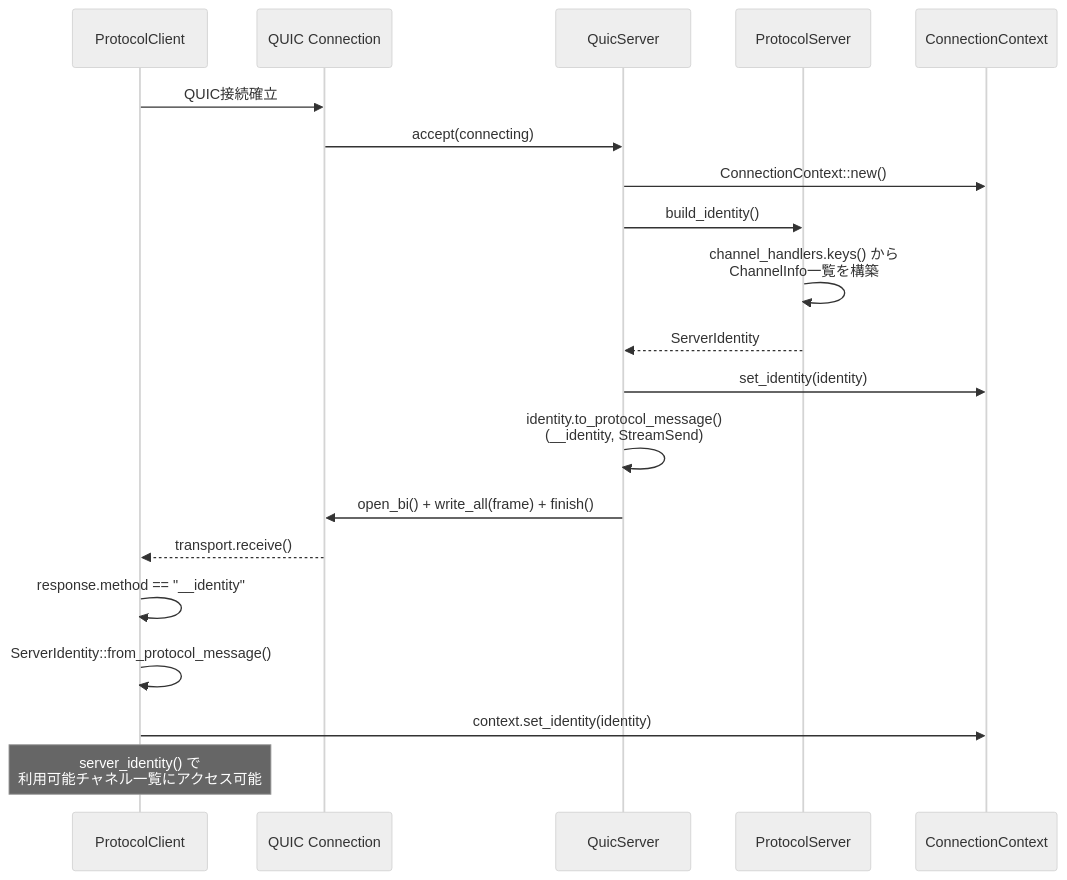
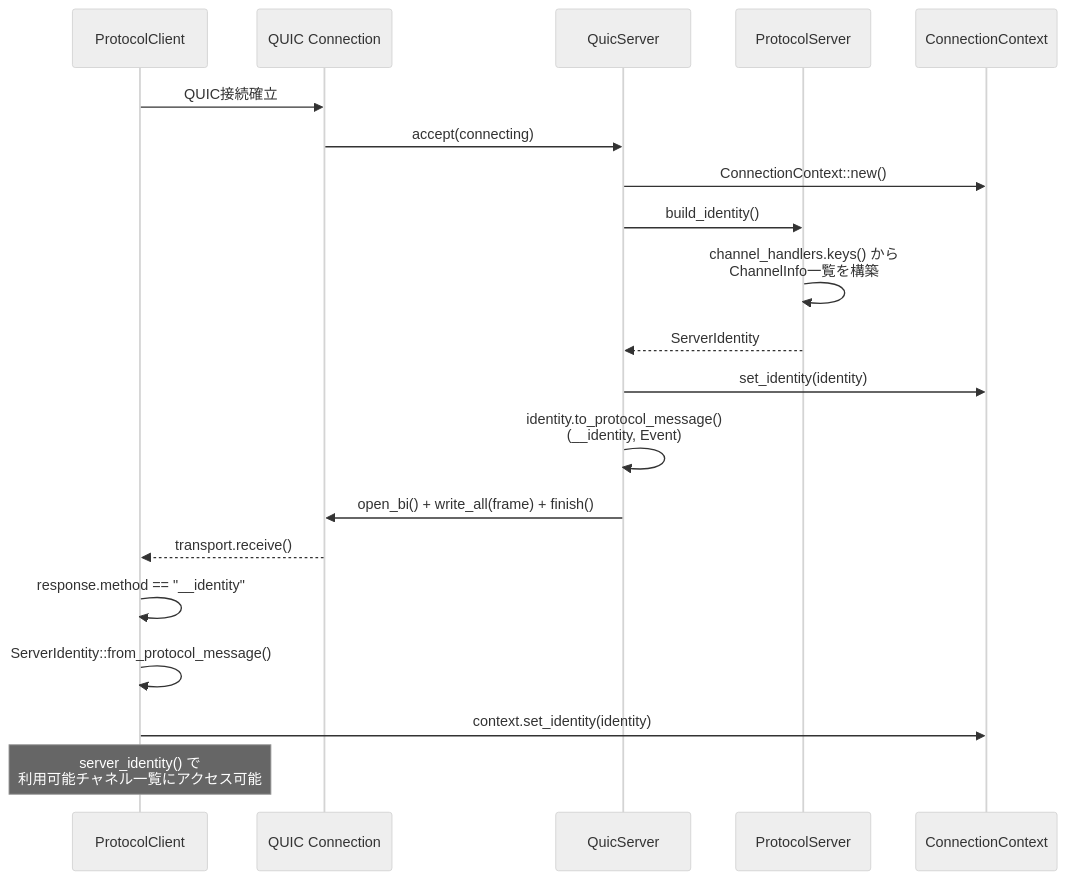
The fourth of 5 diagrams in design/architecture.md (chronista-club/unison), drawn with Mermaid (neutral theme) before and after one commit. The commit also changed other lines of this file and 33 other files, not shown here.

````diff
--- a/design/architecture.md
+++ b/design/architecture.md
@@ -238,27 +233,27 @@
 ```mermaid
 sequenceDiagram
     participant C as ProtocolClient
     participant Net as QUIC Connection
     participant S as QuicServer
     participant PS as ProtocolServer
     participant CTX as ConnectionContext
 
     C->>Net: QUIC接続確立
     Net->>S: accept(connecting)
 
     S->>CTX: ConnectionContext::new()
     S->>PS: build_identity()
     PS->>PS: channel_handlers.keys() から<br/>ChannelInfo一覧を構築
     PS-->>S: ServerIdentity
 
     S->>CTX: set_identity(identity)
-    S->>S: identity.to_protocol_message()<br/>(__identity, StreamSend)
+    S->>S: identity.to_protocol_message()<br/>(__identity, Event)
     S->>Net: open_bi() + write_all(frame) + finish()
 
     Net-->>C: transport.receive()
     C->>C: response.method == "__identity"
     C->>C: ServerIdentity::from_protocol_message()
     C->>CTX: context.set_identity(identity)
 
     Note over C: server_identity() で<br/>利用可能チャネル一覧にアクセス可能
 ```
````
